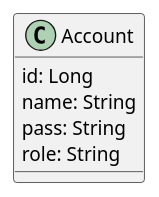
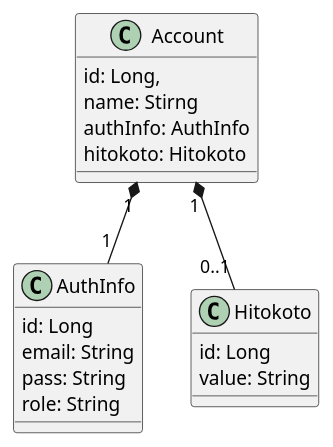
One commit to ahyaemon/bancha_books changed the fourth of 5 diagrams in sphinx/system_requirement/class/index.rst. Above: the diagram before and after it, drawn with PlantUML. The commit also changed 12 other files, not shown here.

```diff
--- a/sphinx/system_requirement/class/index.rst
+++ b/sphinx/system_requirement/class/index.rst
@@ -84,8 +84,23 @@
 .. uml::
 
   class Account{
+    id: Long,
+    name: Stirng
+    authInfo: AuthInfo
+    hitokoto: Hitokoto
+  }
+
+  class AuthInfo{
     id: Long
-    name: String
+    email: String
     pass: String
     role: String
   }
+
+  class Hitokoto{
+    id: Long
+    value: String
+  }
+
+  Account "1" *-- "1" AuthInfo
+  Account "1" *-- "0..1" Hitokoto
```
